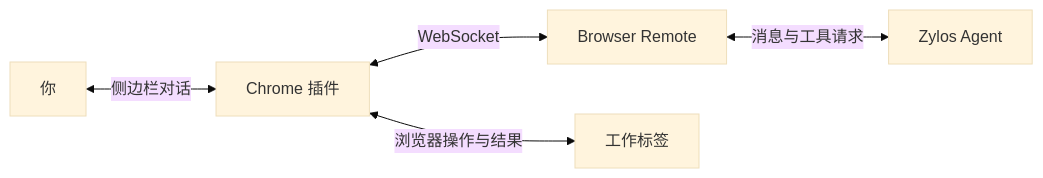
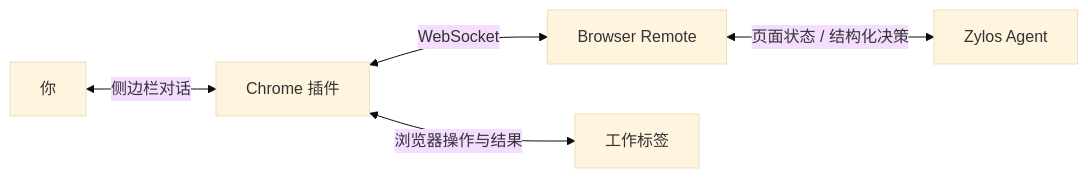
One commit to zylos-ai/zylos-browser-extension changed the diagram in README.md. Above: the diagram before and after it, drawn with Mermaid (base theme). The commit also changed other lines of this file and 18 other files, not shown here.

````diff
--- a/README.md
+++ b/README.md
@@ -142,7 +142,7 @@
 ```mermaid
 flowchart LR
   User["你"] <-->|"侧边栏对话"| Extension["Chrome 插件"]
   Extension <-->|"WebSocket"| Remote["Browser Remote"]
-  Remote <-->|"消息与工具请求"| Agent["Zylos Agent"]
+  Remote <-->|"页面状态 / 结构化决策"| Agent["Zylos Agent"]
   Extension <-->|"浏览器操作与结果"| Pages["工作标签"]
 ```
````
